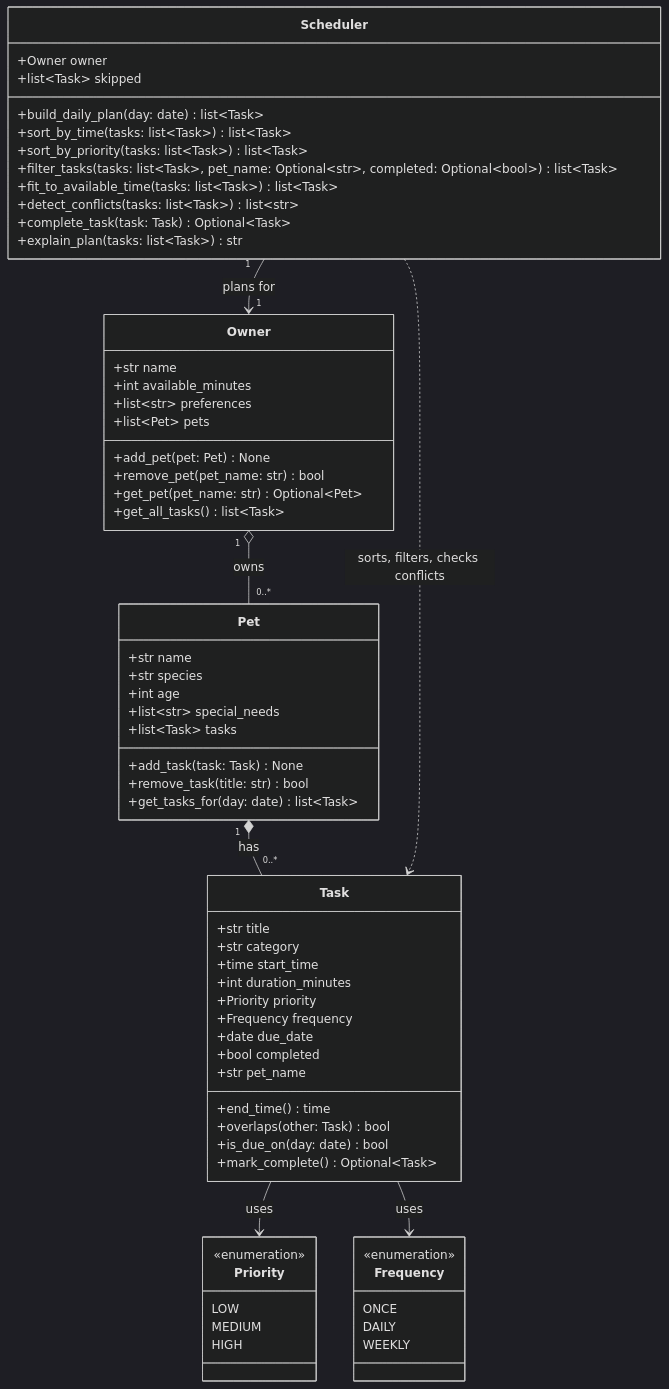
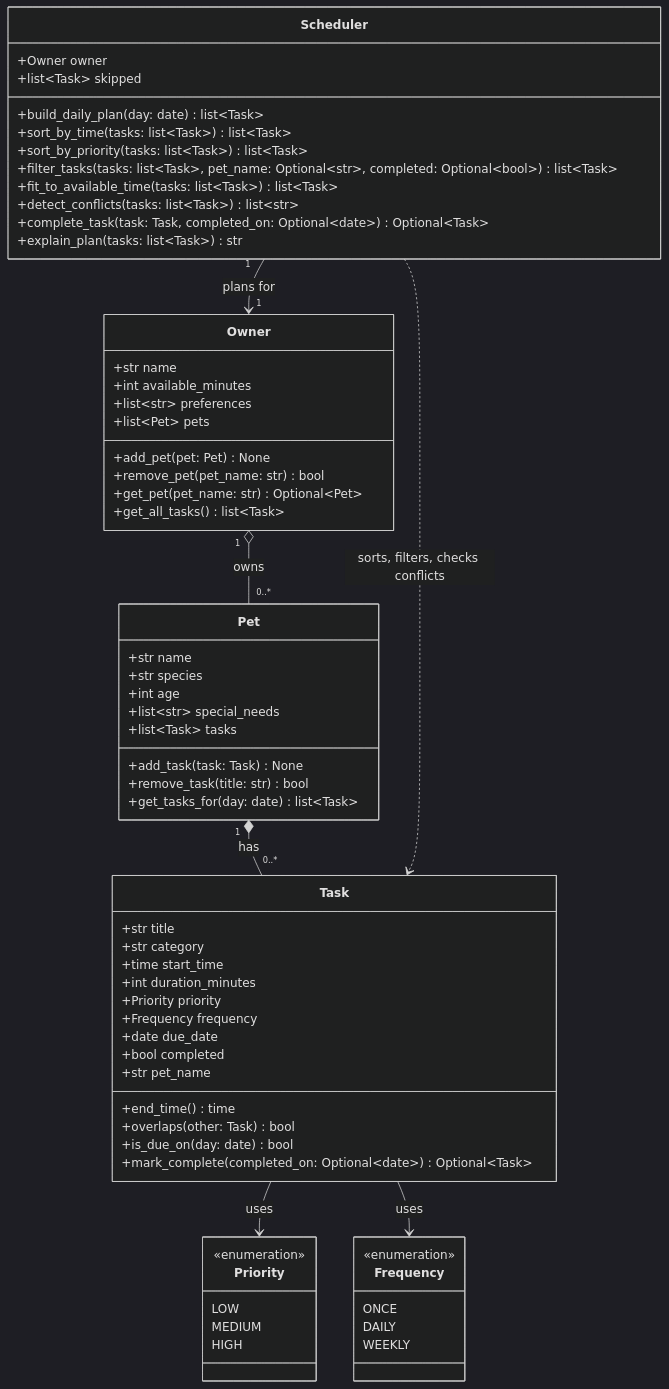
The diagram in diagrams/uml.mmd (KhoiUna/ai110-module2show-pawpal-starter), drawn with Mermaid (dark theme) before and after one commit. The commit also changed 3 other files, not shown here.

```diff
--- a/diagrams/uml.mmd
+++ b/diagrams/uml.mmd
@@ -1,78 +1,78 @@
 classDiagram
     %% PawPal+ class design, based on the three core user actions:
     %%   1. Add a pet            -> Owner.add_pet(), Pet
     %%   2. Schedule a care task -> Pet.add_task(), Task
     %%   3. View today's plan    -> Scheduler.build_daily_plan(), detect_conflicts(), Scheduler.complete_task()
     %% Keep this file updated so it matches your final implementation.
 
     class Owner {
         +str name
         +int available_minutes
         +list~str~ preferences
         +list~Pet~ pets
         +add_pet(pet: Pet) None
         +remove_pet(pet_name: str) bool
         +get_pet(pet_name: str) Optional~Pet~
         +get_all_tasks() list~Task~
     }
 
     class Pet {
         +str name
         +str species
         +int age
         +list~str~ special_needs
         +list~Task~ tasks
         +add_task(task: Task) None
         +remove_task(title: str) bool
         +get_tasks_for(day: date) list~Task~
     }
 
     class Task {
         +str title
         +str category
         +time start_time
         +int duration_minutes
         +Priority priority
         +Frequency frequency
         +date due_date
         +bool completed
         +str pet_name
         +end_time() time
         +overlaps(other: Task) bool
         +is_due_on(day: date) bool
-        +mark_complete() Optional~Task~
+        +mark_complete(completed_on: Optional~date~) Optional~Task~
     }
 
     class Scheduler {
         +Owner owner
         +list~Task~ skipped
         +build_daily_plan(day: date) list~Task~
         +sort_by_time(tasks: list~Task~) list~Task~
         +sort_by_priority(tasks: list~Task~) list~Task~
         +filter_tasks(tasks: list~Task~, pet_name: Optional~str~, completed: Optional~bool~) list~Task~
         +fit_to_available_time(tasks: list~Task~) list~Task~
         +detect_conflicts(tasks: list~Task~) list~str~
-        +complete_task(task: Task) Optional~Task~
+        +complete_task(task: Task, completed_on: Optional~date~) Optional~Task~
         +explain_plan(tasks: list~Task~) str
     }
 
     class Priority {
         <<enumeration>>
         LOW
         MEDIUM
         HIGH
     }
 
     class Frequency {
         <<enumeration>>
         ONCE
         DAILY
         WEEKLY
     }
 
     Owner "1" o-- "0..*" Pet : owns
     Pet "1" *-- "0..*" Task : has
     Scheduler "1" --> "1" Owner : plans for
     Scheduler ..> Task : sorts, filters, checks conflicts
     Task --> Priority : uses
     Task --> Frequency : uses
```
